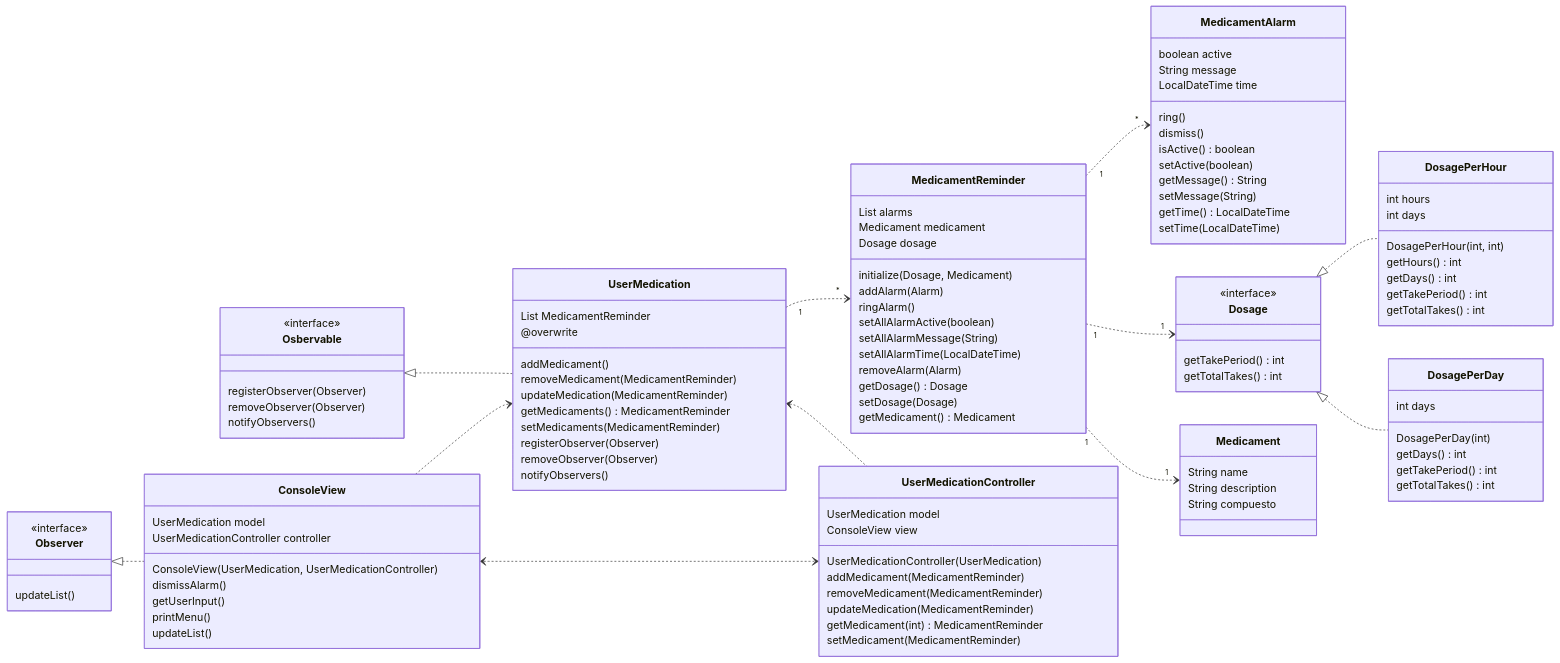
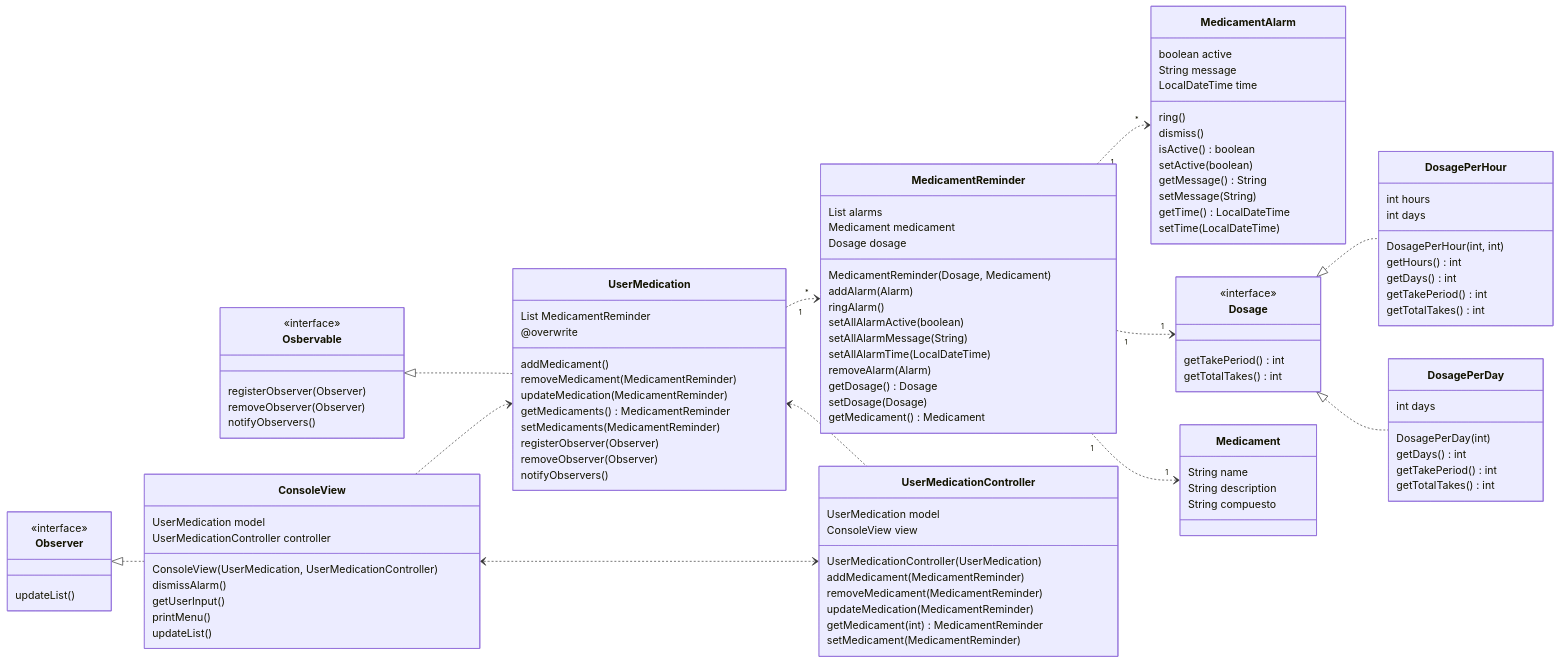
One commit to jeusmatthew/Medication-System changed the diagram in docs/2. Requirements/Artifacts.md. Above: the diagram before and after it, drawn with Mermaid. The commit also changed other lines of this file and 2 other files, not shown here.

Commit message:
Update artifacts, added use case diagrams

```diff
--- a/docs/2. Requirements/Artifacts.md
+++ b/docs/2. Requirements/Artifacts.md
@@ -34,7 +34,7 @@
         Medicament medicament
         Dosage dosage
 
-        initialize(Dosage, Medicament) 
+        MedicamentReminder(Dosage, Medicament) 
 
         addAlarm(Alarm)
         ringAlarm()
```
